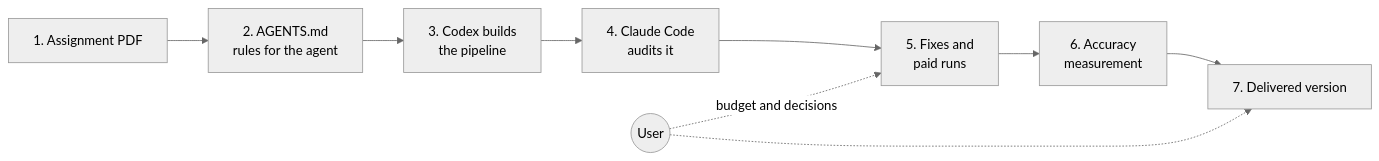
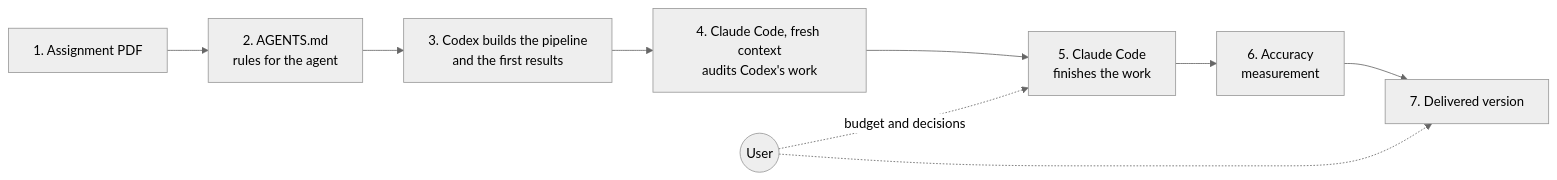
One commit to sonalain077/Whitehole_project changed the second of 2 diagrams in ARCHITECTURE.md. Above: the diagram before and after it, drawn with Mermaid (neutral theme). The commit also changed other lines of this file, not shown here.

````diff
--- a/ARCHITECTURE.md
+++ b/ARCHITECTURE.md
@@ -154,11 +154,11 @@
 ```mermaid
 flowchart LR
     A["1. Assignment PDF"] --> B["2. AGENTS.md<br/>rules for the agent"]
-    B --> C["3. Codex builds<br/>the pipeline"]
-    C --> D["4. Claude Code<br/>audits it"]
-    D --> E["5. Fixes and<br/>paid runs"]
+    B --> C["3. Codex builds the pipeline<br/>and the first results"]
+    C --> D["4. Claude Code, fresh context<br/>audits Codex's work"]
+    D --> E["5. Claude Code<br/>finishes the work"]
     E --> F["6. Accuracy<br/>measurement"]
     F --> G["7. Delivered version"]
     U(("User")) -. "budget and decisions" .-> E
     U -.-> G
 ```
````
